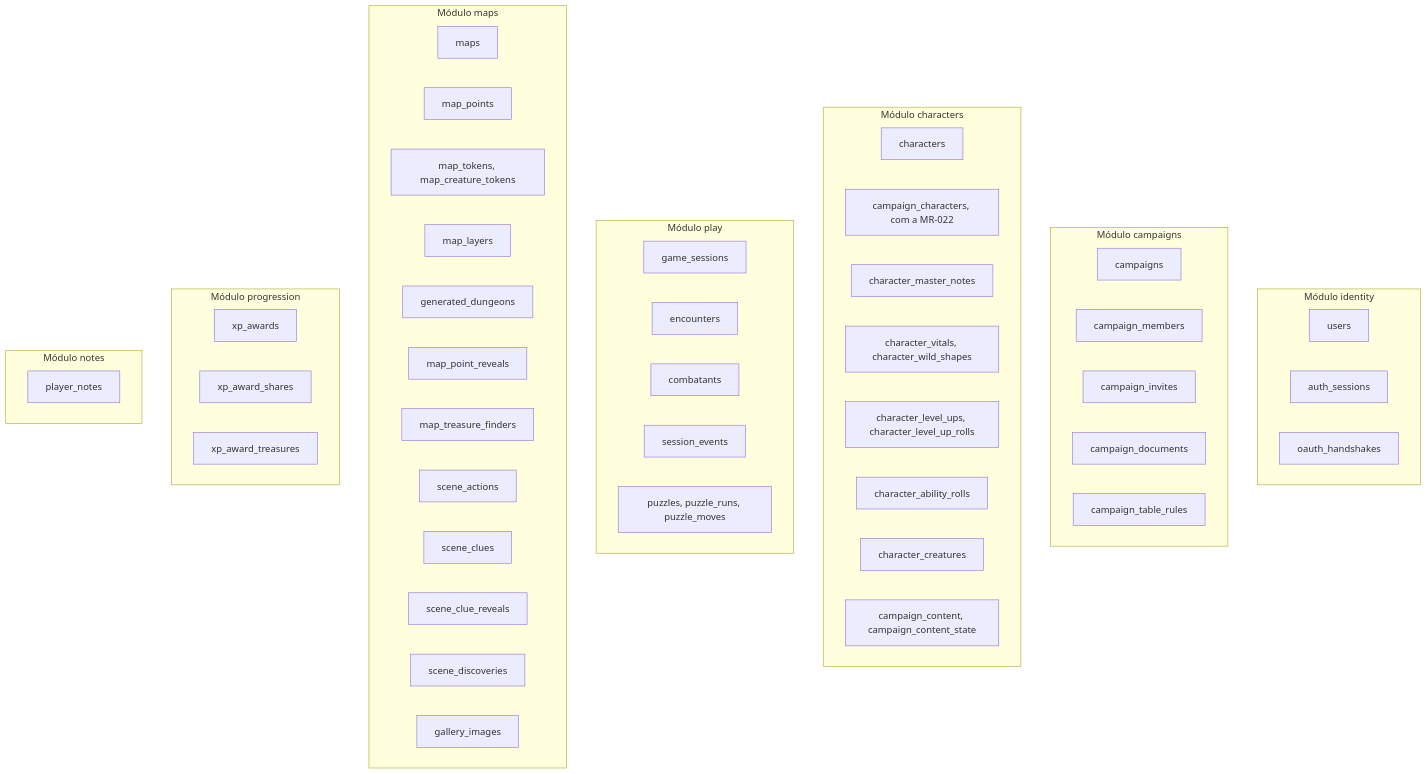
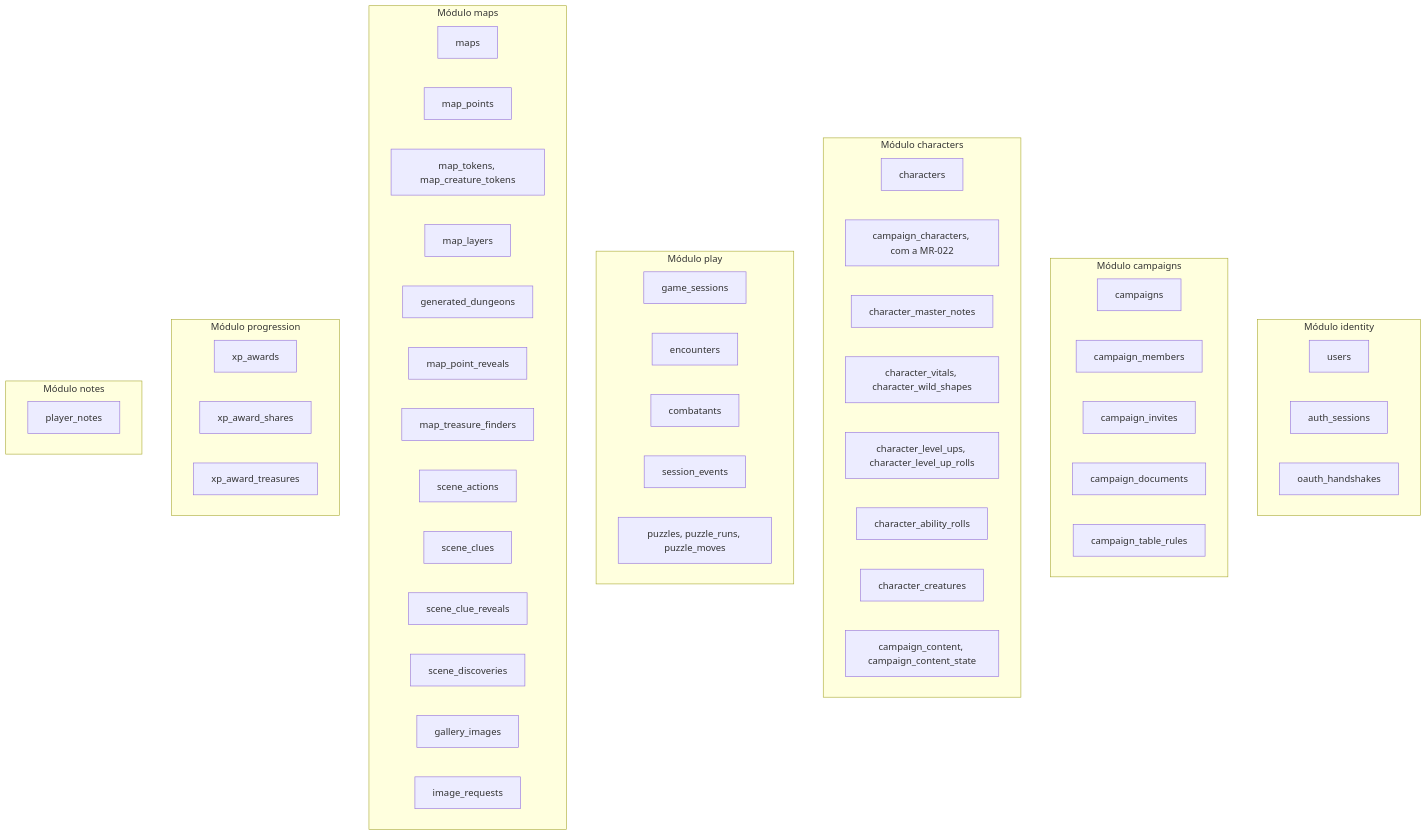
Before and after one commit to PuraFome/meuRPG: the second of 3 diagrams in docs/dados.md, drawn with Mermaid. The commit also changed other lines of this file and 42 other files, not shown here.

````diff
--- a/docs/dados.md
+++ b/docs/dados.md
@@ -320,60 +320,61 @@
 ```mermaid
 flowchart TD
     subgraph identity["Módulo identity"]
         t_users["users"]
         t_auth_sessions["auth_sessions"]
         t_oauth_handshakes["oauth_handshakes"]
     end
 
     subgraph campaigns_mod["Módulo campaigns"]
         t_campaigns["campaigns"]
         t_campaign_members["campaign_members"]
         t_campaign_invites["campaign_invites"]
         t_campaign_documents["campaign_documents"]
         t_campaign_table_rules["campaign_table_rules"]
     end
 
     subgraph characters_mod["Módulo characters"]
         t_characters["characters"]
         t_campaign_characters["campaign_characters, com a MR-022"]
         t_character_master_notes["character_master_notes"]
         t_character_vitals["character_vitals, character_wild_shapes"]
         t_character_level_ups["character_level_ups, character_level_up_rolls"]
         t_character_ability_rolls["character_ability_rolls"]
         t_character_creatures["character_creatures"]
         t_campaign_content["campaign_content, campaign_content_state"]
     end
 
     subgraph play["Módulo play"]
         t_game_sessions["game_sessions"]
         t_encounters["encounters"]
         t_combatants["combatants"]
         t_session_events["session_events"]
         t_puzzles["puzzles, puzzle_runs, puzzle_moves"]
     end
 
     subgraph maps_mod["Módulo maps"]
         t_maps["maps"]
         t_map_points["map_points"]
         t_map_tokens["map_tokens, map_creature_tokens"]
         t_map_layers["map_layers"]
         t_generated_dungeons["generated_dungeons"]
         t_map_point_reveals["map_point_reveals"]
         t_map_treasure_finders["map_treasure_finders"]
         t_scene_actions["scene_actions"]
         t_scene_clues["scene_clues"]
         t_scene_clue_reveals["scene_clue_reveals"]
         t_scene_discoveries["scene_discoveries"]
         t_gallery_images["gallery_images"]
+        t_image_requests["image_requests"]
     end
 
     subgraph progression["Módulo progression"]
         t_xp_awards["xp_awards"]
         t_xp_award_shares["xp_award_shares"]
         t_xp_award_treasures["xp_award_treasures"]
     end
 
     subgraph notes_mod["Módulo notes"]
         t_player_notes["player_notes"]
     end
 ```
````
